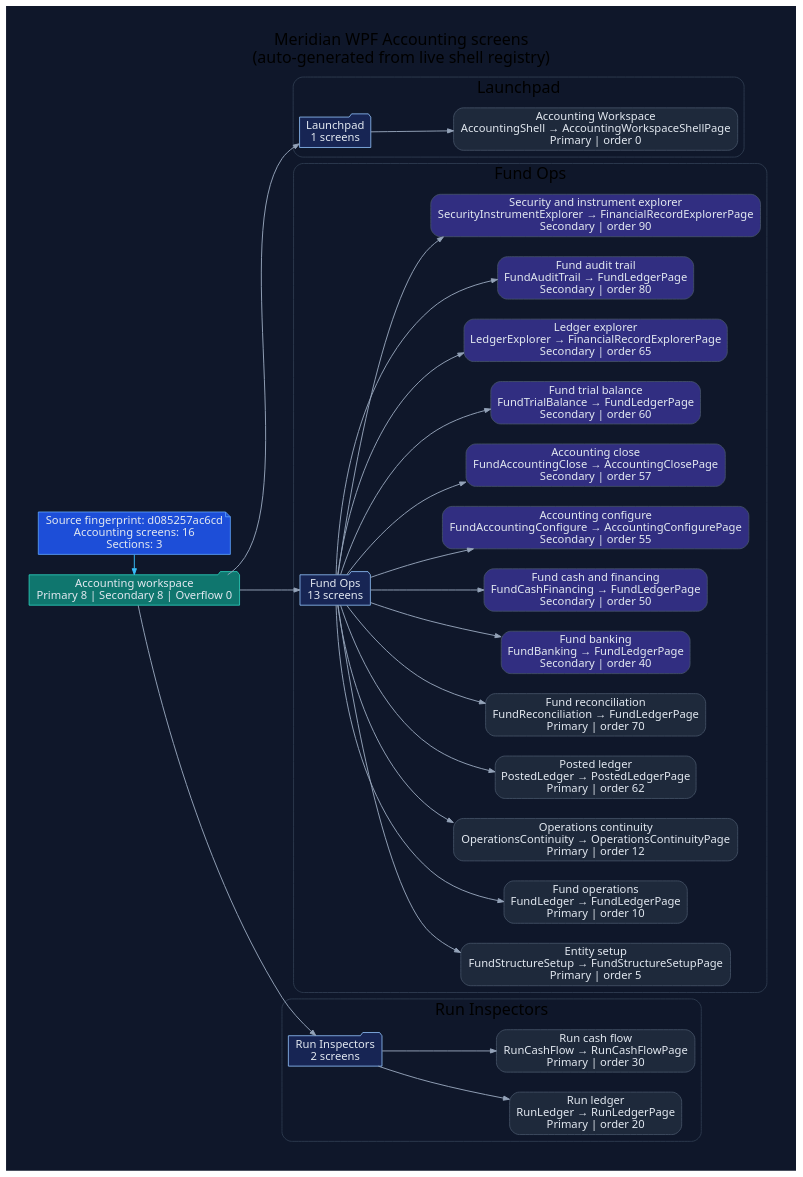
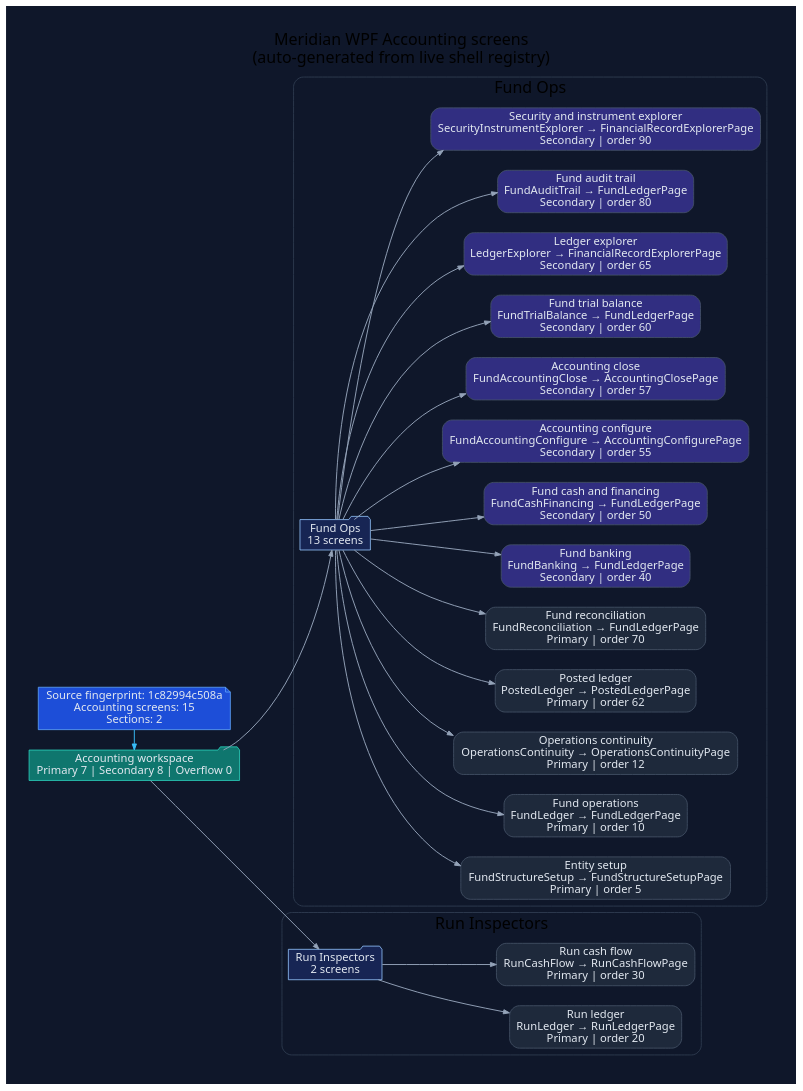
The diagram in docs/diagrams/ui-wpf-screens-accounting.dot (rodoHasArrived/Meridian-main), drawn with Graphviz before and after one commit. The commit also changed 50 other files, not shown here.

```diff
--- a/docs/diagrams/ui-wpf-screens-accounting.dot
+++ b/docs/diagrams/ui-wpf-screens-accounting.dot
@@ -1,82 +1,72 @@
 // -----------------------------------------------------------------------------
 // <auto-generated>
 // Generated by scripts/generate-diagrams.mjs.
 // Do not edit this file directly; update the WPF source files instead.
 // -----------------------------------------------------------------------------
 digraph WpfAccountingScreens {
   graph [
     rankdir=LR,
     labelloc=t,
     label="Meridian WPF Accounting screens\n(auto-generated from live shell registry)",
     fontname="Segoe UI",
     fontsize=20,
     pad=0.4,
     nodesep=0.35,
     ranksep=0.85,
     bgcolor="#0f172a"
   ];
   node [fontname="Segoe UI", shape=box, style="rounded,filled", color="#475569", fontcolor="#e2e8f0", fillcolor="#1e293b"];
   edge [fontname="Segoe UI", color="#94a3b8", penwidth=1.2, arrowsize=0.75];
 
-  generated [shape=note, fillcolor="#1d4ed8", color="#60a5fa", label="Source fingerprint: d085257ac6cd\nAccounting screens: 16\nSections: 3"];
-  workspace [shape=folder, fillcolor="#0f766e", color="#2dd4bf", label="Accounting workspace\nPrimary 8 | Secondary 8 | Overflow 0"];
+  generated [shape=note, fillcolor="#1d4ed8", color="#60a5fa", label="Source fingerprint: 1c82994c508a\nAccounting screens: 15\nSections: 2"];
+  workspace [shape=folder, fillcolor="#0f766e", color="#2dd4bf", label="Accounting workspace\nPrimary 7 | Secondary 8 | Overflow 0"];
   generated -> workspace [color="#38bdf8"];
 
   subgraph cluster_section_1 {
-    label="Launchpad";
+    label="Fund Ops";
     color="#334155";
     style="rounded";
-    section_1 [shape=folder, fillcolor="#172554", color="#93c5fd", label="Launchpad\n1 screens"];
+    section_1 [shape=folder, fillcolor="#172554", color="#93c5fd", label="Fund Ops\n13 screens"];
     workspace -> section_1;
-    screen_AccountingShell [fillcolor="#1e293b", label="Accounting Workspace\nAccountingShell → AccountingWorkspaceShellPage\nPrimary | order 0"];
-    section_1 -> screen_AccountingShell;
+    screen_FundStructureSetup [fillcolor="#1e293b", label="Entity setup\nFundStructureSetup → FundStructureSetupPage\nPrimary | order 5"];
+    section_1 -> screen_FundStructureSetup;
+    screen_FundLedger [fillcolor="#1e293b", label="Fund operations\nFundLedger → FundLedgerPage\nPrimary | order 10"];
+    section_1 -> screen_FundLedger;
+    screen_OperationsContinuity [fillcolor="#1e293b", label="Operations continuity\nOperationsContinuity → OperationsContinuityPage\nPrimary | order 12"];
+    section_1 -> screen_OperationsContinuity;
+    screen_PostedLedger [fillcolor="#1e293b", label="Posted ledger\nPostedLedger → PostedLedgerPage\nPrimary | order 62"];
+    section_1 -> screen_PostedLedger;
+    screen_FundReconciliation [fillcolor="#1e293b", label="Fund reconciliation\nFundReconciliation → FundLedgerPage\nPrimary | order 70"];
+    section_1 -> screen_FundReconciliation;
+    screen_FundBanking [fillcolor="#312e81", label="Fund banking\nFundBanking → FundLedgerPage\nSecondary | order 40"];
+    section_1 -> screen_FundBanking;
+    screen_FundCashFinancing [fillcolor="#312e81", label="Fund cash and financing\nFundCashFinancing → FundLedgerPage\nSecondary | order 50"];
+    section_1 -> screen_FundCashFinancing;
+    screen_FundAccountingConfigure [fillcolor="#312e81", label="Accounting configure\nFundAccountingConfigure → AccountingConfigurePage\nSecondary | order 55"];
+    section_1 -> screen_FundAccountingConfigure;
+    screen_FundAccountingClose [fillcolor="#312e81", label="Accounting close\nFundAccountingClose → AccountingClosePage\nSecondary | order 57"];
+    section_1 -> screen_FundAccountingClose;
+    screen_FundTrialBalance [fillcolor="#312e81", label="Fund trial balance\nFundTrialBalance → FundLedgerPage\nSecondary | order 60"];
+    section_1 -> screen_FundTrialBalance;
+    screen_LedgerExplorer [fillcolor="#312e81", label="Ledger explorer\nLedgerExplorer → FinancialRecordExplorerPage\nSecondary | order 65"];
+    section_1 -> screen_LedgerExplorer;
+    screen_FundAuditTrail [fillcolor="#312e81", label="Fund audit trail\nFundAuditTrail → FundLedgerPage\nSecondary | order 80"];
+    section_1 -> screen_FundAuditTrail;
+    screen_SecurityInstrumentExplorer [fillcolor="#312e81", label="Security and instrument explorer\nSecurityInstrumentExplorer → FinancialRecordExplorerPage\nSecondary | order 90"];
+    section_1 -> screen_SecurityInstrumentExplorer;
   }
 
   subgraph cluster_section_2 {
-    label="Fund Ops";
-    color="#334155";
-    style="rounded";
-    section_2 [shape=folder, fillcolor="#172554", color="#93c5fd", label="Fund Ops\n13 screens"];
-    workspace -> section_2;
-    screen_FundStructureSetup [fillcolor="#1e293b", label="Entity setup\nFundStructureSetup → FundStructureSetupPage\nPrimary | order 5"];
-    section_2 -> screen_FundStructureSetup;
-    screen_FundLedger [fillcolor="#1e293b", label="Fund operations\nFundLedger → FundLedgerPage\nPrimary | order 10"];
-    section_2 -> screen_FundLedger;
-    screen_OperationsContinuity [fillcolor="#1e293b", label="Operations continuity\nOperationsContinuity → OperationsContinuityPage\nPrimary | order 12"];
-    section_2 -> screen_OperationsContinuity;
-    screen_PostedLedger [fillcolor="#1e293b", label="Posted ledger\nPostedLedger → PostedLedgerPage\nPrimary | order 62"];
-    section_2 -> screen_PostedLedger;
-    screen_FundReconciliation [fillcolor="#1e293b", label="Fund reconciliation\nFundReconciliation → FundLedgerPage\nPrimary | order 70"];
-    section_2 -> screen_FundReconciliation;
-    screen_FundBanking [fillcolor="#312e81", label="Fund banking\nFundBanking → FundLedgerPage\nSecondary | order 40"];
-    section_2 -> screen_FundBanking;
-    screen_FundCashFinancing [fillcolor="#312e81", label="Fund cash and financing\nFundCashFinancing → FundLedgerPage\nSecondary | order 50"];
-    section_2 -> screen_FundCashFinancing;
-    screen_FundAccountingConfigure [fillcolor="#312e81", label="Accounting configure\nFundAccountingConfigure → AccountingConfigurePage\nSecondary | order 55"];
-    section_2 -> screen_FundAccountingConfigure;
-    screen_FundAccountingClose [fillcolor="#312e81", label="Accounting close\nFundAccountingClose → AccountingClosePage\nSecondary | order 57"];
-    section_2 -> screen_FundAccountingClose;
-    screen_FundTrialBalance [fillcolor="#312e81", label="Fund trial balance\nFundTrialBalance → FundLedgerPage\nSecondary | order 60"];
-    section_2 -> screen_FundTrialBalance;
-    screen_LedgerExplorer [fillcolor="#312e81", label="Ledger explorer\nLedgerExplorer → FinancialRecordExplorerPage\nSecondary | order 65"];
-    section_2 -> screen_LedgerExplorer;
-    screen_FundAuditTrail [fillcolor="#312e81", label="Fund audit trail\nFundAuditTrail → FundLedgerPage\nSecondary | order 80"];
-    section_2 -> screen_FundAuditTrail;
-    screen_SecurityInstrumentExplorer [fillcolor="#312e81", label="Security and instrument explorer\nSecurityInstrumentExplorer → FinancialRecordExplorerPage\nSecondary | order 90"];
-    section_2 -> screen_SecurityInstrumentExplorer;
-  }
-
-  subgraph cluster_section_3 {
     label="Run Inspectors";
     color="#334155";
     style="rounded";
-    section_3 [shape=folder, fillcolor="#172554", color="#93c5fd", label="Run Inspectors\n2 screens"];
-    workspace -> section_3;
+    section_2 [shape=folder, fillcolor="#172554", color="#93c5fd", label="Run Inspectors\n2 screens"];
+    workspace -> section_2;
     screen_RunLedger [fillcolor="#1e293b", label="Run ledger\nRunLedger → RunLedgerPage\nPrimary | order 20"];
-    section_3 -> screen_RunLedger;
+    section_2 -> screen_RunLedger;
     screen_RunCashFlow [fillcolor="#1e293b", label="Run cash flow\nRunCashFlow → RunCashFlowPage\nPrimary | order 30"];
-    section_3 -> screen_RunCashFlow;
+    section_2 -> screen_RunCashFlow;
   }
 
   { rank=min; generated; workspace; }
 }
```
